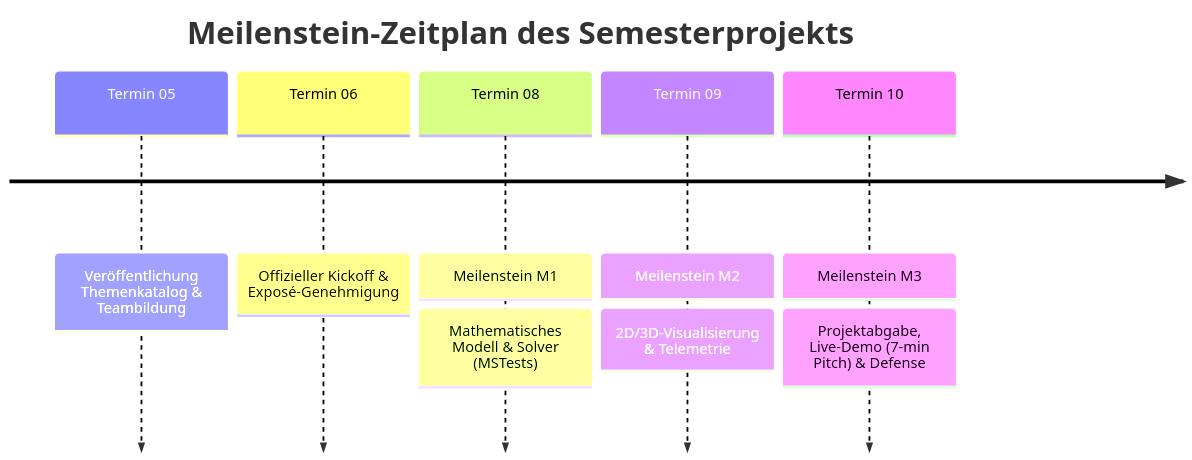
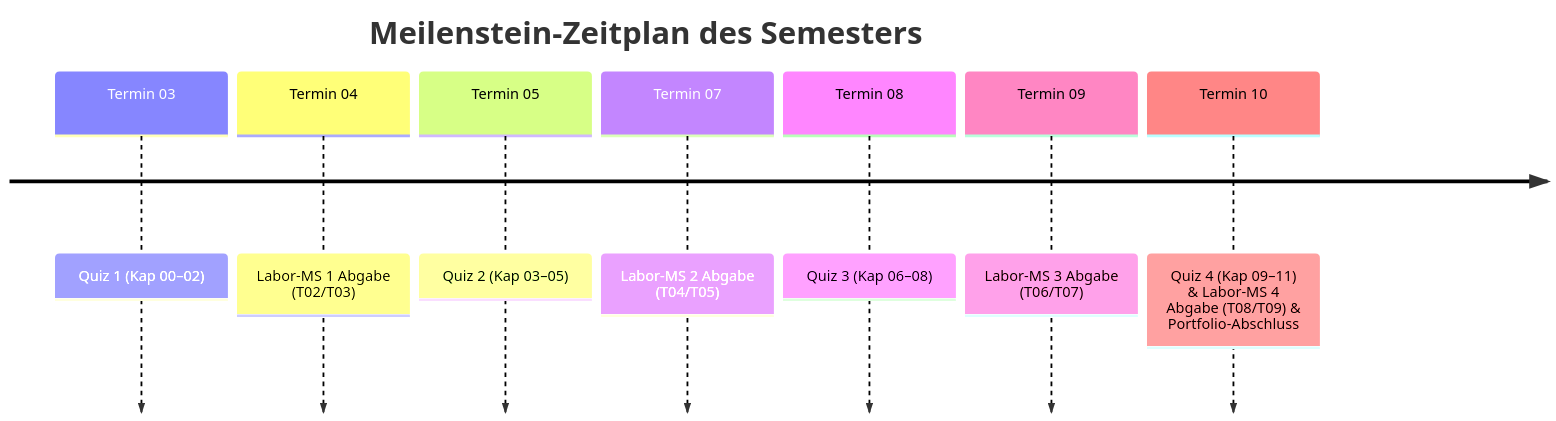
Before and after one commit to ghackenberg/kurs-computer-simulation: the fifth of 5 diagrams in Konzept/01_Lehrveranstaltungsstruktur_und_Syllabus.md, drawn with Mermaid. The commit also changed other lines of this file and 4 other files, not shown here.

````diff
--- a/Konzept/01_Lehrveranstaltungsstruktur_und_Syllabus.md
+++ b/Konzept/01_Lehrveranstaltungsstruktur_und_Syllabus.md
@@ -757,9 +756,11 @@
 ```mermaid
 timeline
-    title Meilenstein-Zeitplan des Semesterprojekts
-    Termin 05 : Veröffentlichung Themenkatalog & Teambildung
-    Termin 06 : Offizieller Kickoff & Exposé-Genehmigung
-    Termin 08 : Meilenstein M1: Mathematisches Modell & Solver (MSTests)
-    Termin 09 : Meilenstein M2: 2D/3D-Visualisierung & Telemetrie
-    Termin 10 : Meilenstein M3: Projektabgabe, Live-Demo (7-min Pitch) & Defense
+    title Meilenstein-Zeitplan des Semesters
+    Termin 03 : Quiz 1 (Kap 00–02)
+    Termin 04 : Labor-MS 1 Abgabe (T02/T03)
+    Termin 05 : Quiz 2 (Kap 03–05)
+    Termin 07 : Labor-MS 2 Abgabe (T04/T05)
+    Termin 08 : Quiz 3 (Kap 06–08)
+    Termin 09 : Labor-MS 3 Abgabe (T06/T07)
+    Termin 10 : Quiz 4 (Kap 09–11) & Labor-MS 4 Abgabe (T08/T09) & Portfolio-Abschluss
 ```
````
